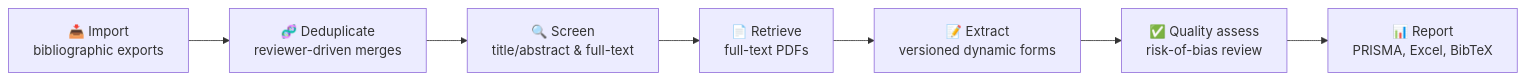
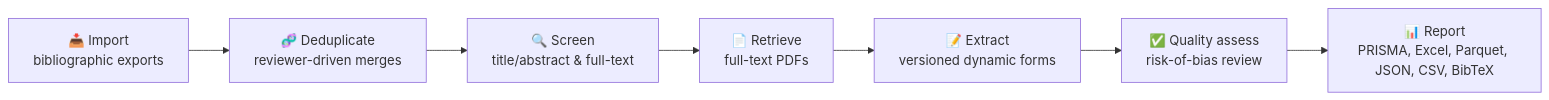
The diagram in README.md (tiuri101/papertrail), drawn with Mermaid before and after one commit. The commit also changed other lines of this file and 121 other files, not shown here.

````diff
--- a/README.md
+++ b/README.md
@@ -17,9 +17,9 @@
 ```mermaid
 flowchart LR
     A[📥 Import<br/>bibliographic exports] --> B[🧬 Deduplicate<br/>reviewer-driven merges]
     B --> C[🔍 Screen<br/>title/abstract & full-text]
     C --> D[📄 Retrieve<br/>full-text PDFs]
     D --> E[📝 Extract<br/>versioned dynamic forms]
     E --> F[✅ Quality assess<br/>risk-of-bias review]
-    F --> G[📊 Report<br/>PRISMA, Excel, BibTeX]
+    F --> G[📊 Report<br/>PRISMA, Excel, Parquet, JSON, CSV, BibTeX]
 ```
````
